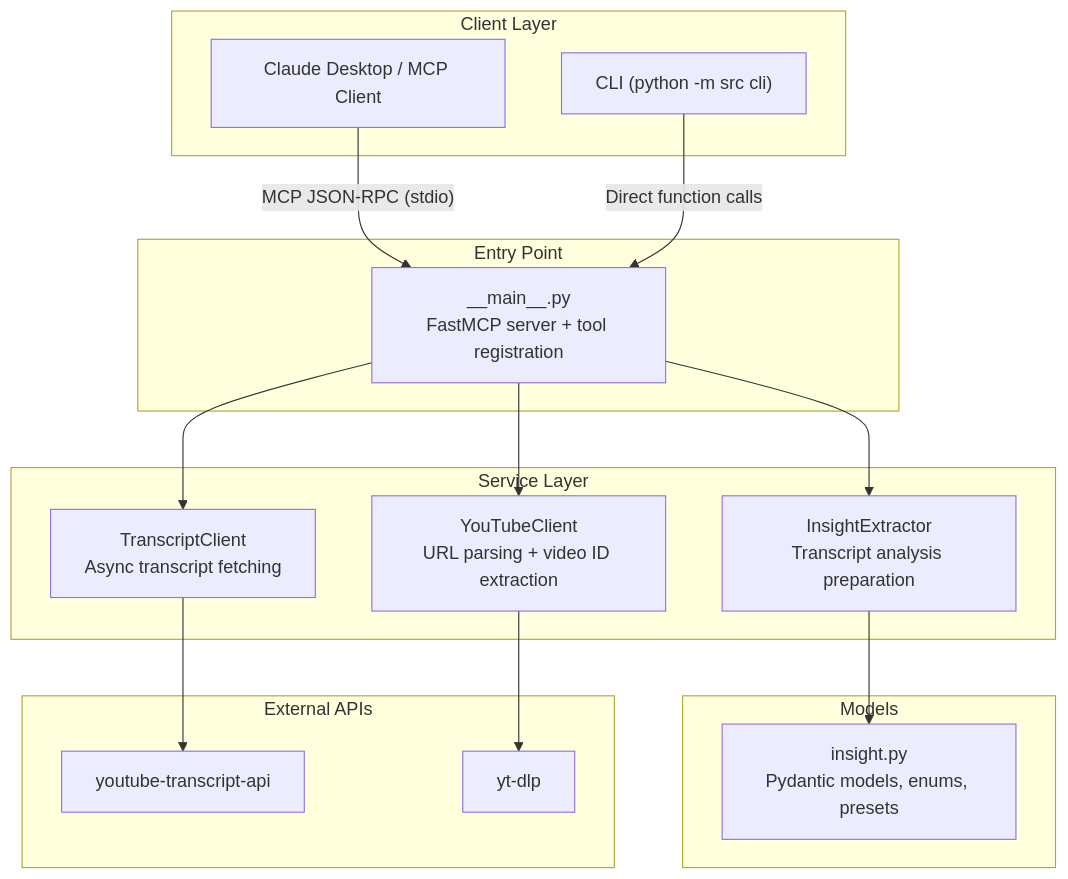
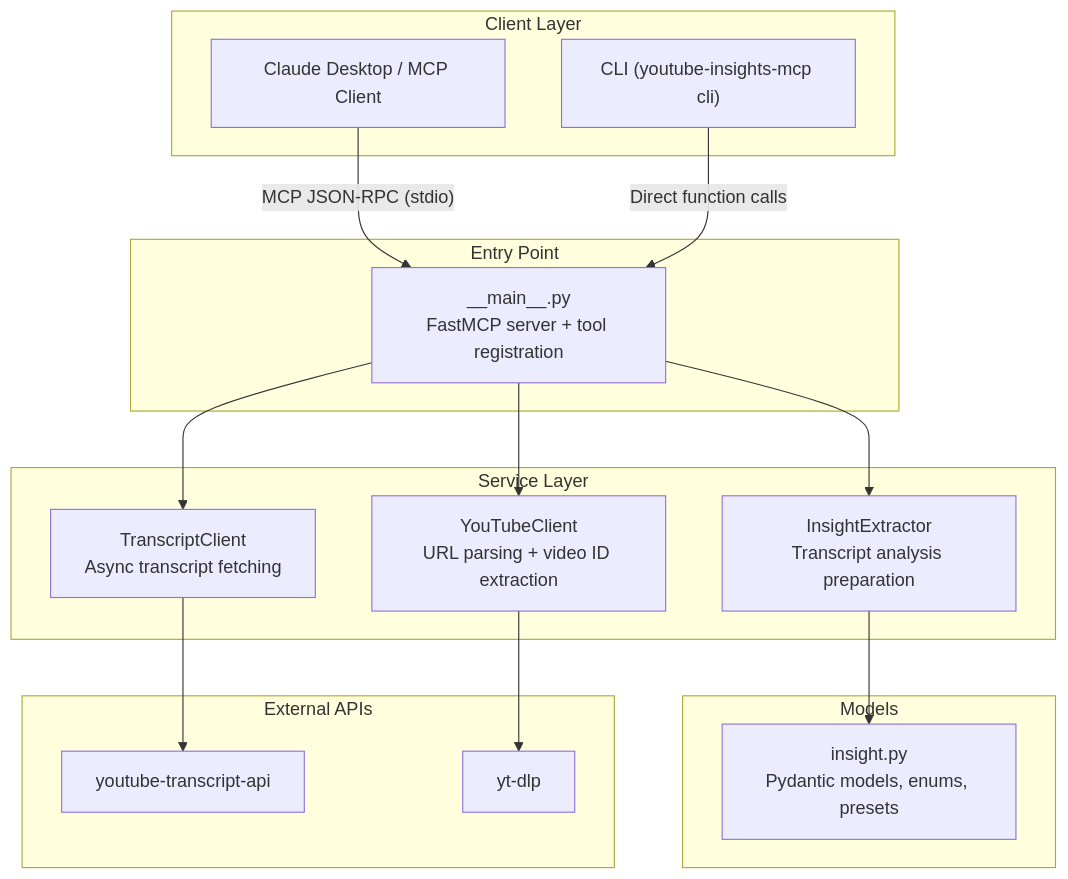
The diagram in docs/development/architecture.md (guardkit/youtube-transcript-mcp), drawn with Mermaid before and after one commit. The commit also changed other lines of this file and 14 other files, not shown here.

````diff
--- a/docs/development/architecture.md
+++ b/docs/development/architecture.md
@@ -32,35 +32,35 @@
 ```mermaid
 graph TD
     subgraph "Client Layer"
         CD["Claude Desktop / MCP Client"]
-        CLI["CLI (python -m src cli)"]
+        CLI["CLI (youtube-insights-mcp cli)"]
     end
 
     subgraph "Entry Point"
         MAIN["__main__.py<br/>FastMCP server + tool registration"]
     end
 
     subgraph "Service Layer"
         TC["TranscriptClient<br/>Async transcript fetching"]
         YC["YouTubeClient<br/>URL parsing + video ID extraction"]
         IE["InsightExtractor<br/>Transcript analysis preparation"]
     end
 
     subgraph "Models"
         IM["insight.py<br/>Pydantic models, enums, presets"]
     end
 
     subgraph "External APIs"
         YT["youtube-transcript-api"]
         YD["yt-dlp"]
     end
 
     CD -->|"MCP JSON-RPC (stdio)"| MAIN
     CLI -->|"Direct function calls"| MAIN
     MAIN --> TC
     MAIN --> YC
     MAIN --> IE
     IE --> IM
     TC --> YT
     YC --> YD
 ```
````
